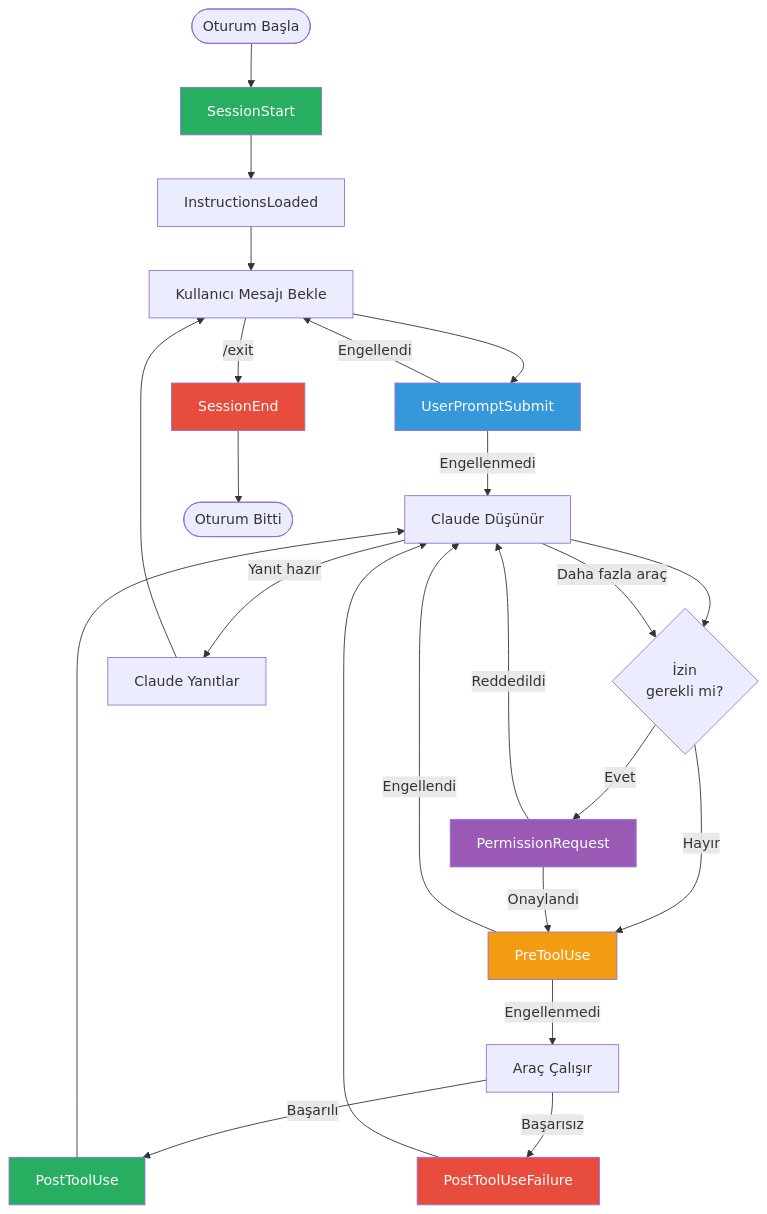
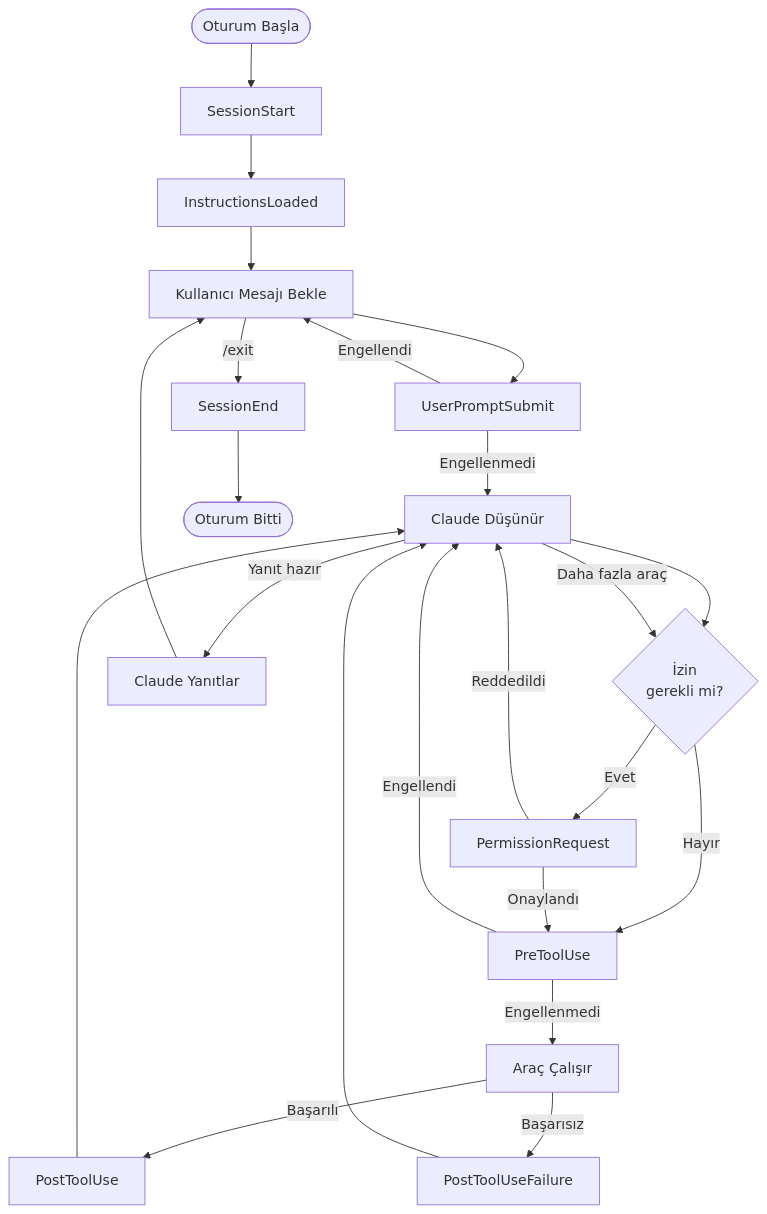
One commit to IzzetYasinAtes/ClaudeCodeHandbook changed the third of 3 diagrams in 14-hooks-ve-otomasyon/02-hook-olaylari.md. Above: the diagram before and after it, drawn with Mermaid. The commit also changed other lines of this file and 97 other files, not shown here.

Commit message:
Remove all custom Mermaid style/fill colors from 98 markdown files for consistent dark theme rendering

````diff
--- a/14-hooks-ve-otomasyon/02-hook-olaylari.md
+++ b/14-hooks-ve-otomasyon/02-hook-olaylari.md
@@ -610,41 +601,34 @@
 ```mermaid
 flowchart TD
     START(["Oturum Başla"]) --> SS["SessionStart"]
     SS --> IL["InstructionsLoaded"]
     IL --> WAIT["Kullanıcı Mesajı Bekle"]
     
     WAIT --> UPS["UserPromptSubmit"]
     UPS -->|Engellenmedi| THINK["Claude Düşünür"]
     UPS -->|Engellendi| WAIT
     
     THINK --> NEED_PERM{"İzin<br/>gerekli mi?"}
     NEED_PERM -->|Evet| PERM["PermissionRequest"]
     NEED_PERM -->|Hayır| PRE["PreToolUse"]
     
     PERM -->|Onaylandı| PRE
     PERM -->|Reddedildi| THINK
     
     PRE -->|Engellenmedi| TOOL["Araç Çalışır"]
     PRE -->|Engellendi| THINK
     
     TOOL -->|Başarılı| POST["PostToolUse"]
     TOOL -->|Başarısız| FAIL["PostToolUseFailure"]
     
     POST --> THINK
     FAIL --> THINK
     
     THINK -->|Daha fazla araç| NEED_PERM
     THINK -->|Yanıt hazır| RESP["Claude Yanıtlar"]
     RESP --> WAIT
     
     WAIT -->|"/exit"| SE["SessionEnd"]
     SE --> END(["Oturum Bitti"])
 
-    style SS fill:#27AE60,color:#fff
-    style SE fill:#E74C3C,color:#fff
-    style UPS fill:#3498DB,color:#fff
-    style PRE fill:#F39C12,color:#fff
-    style POST fill:#27AE60,color:#fff
-    style FAIL fill:#E74C3C,color:#fff
-    style PERM fill:#9B59B6,color:#fff
 ```
````
